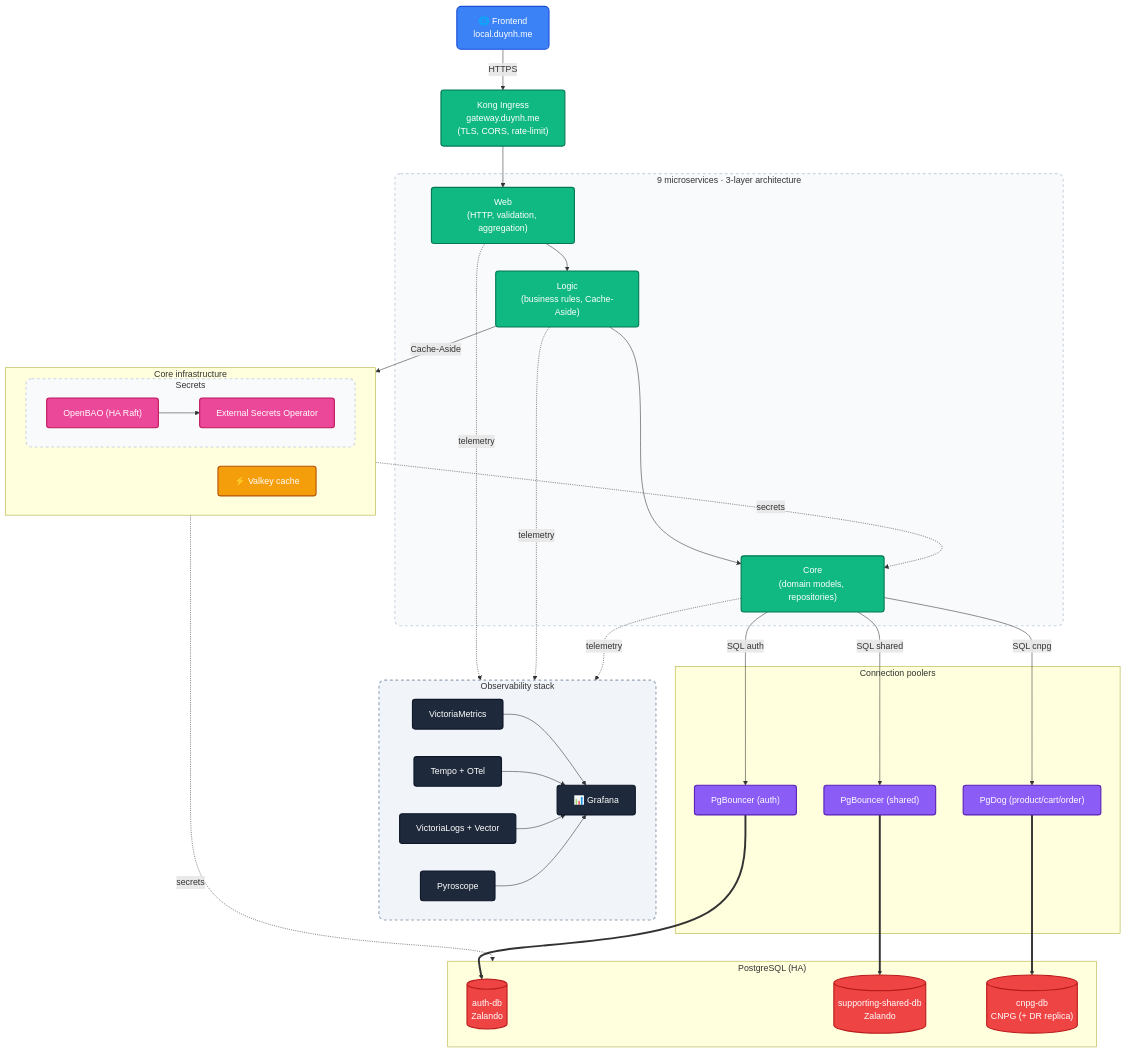
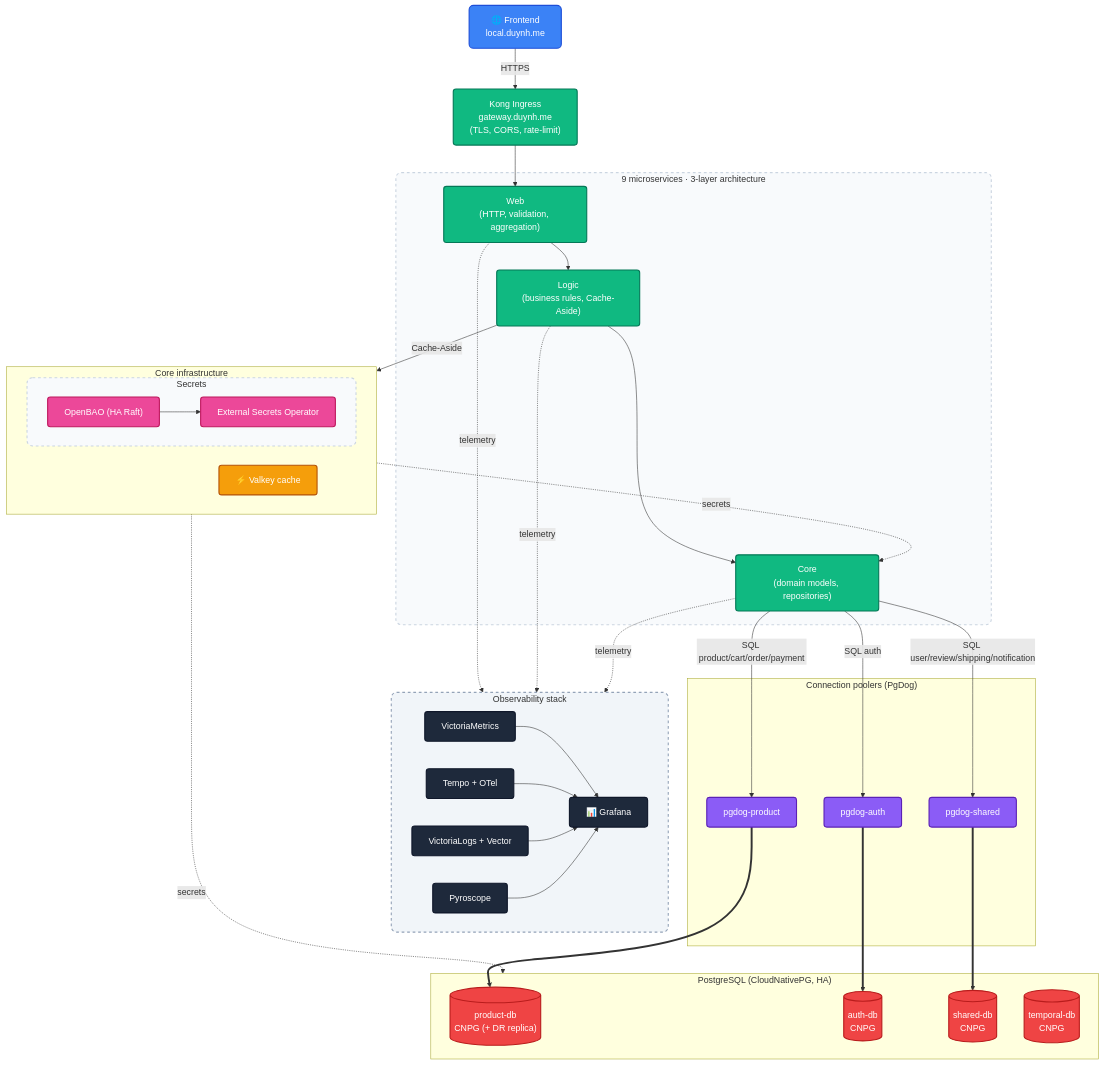
One commit to duynhlab/homelab changed the diagram in README.md. Above: the diagram before and after it, drawn with Mermaid. The commit also changed other lines of this file and 243 other files, not shown here.

````diff
--- a/README.md
+++ b/README.md
@@ -38,69 +38,70 @@
 ```mermaid
 flowchart TD
     classDef frontend fill:#3b82f6,stroke:#1d4ed8,stroke-width:2px,color:#fff,rx:8px,ry:8px
     classDef layer    fill:#10b981,stroke:#047857,stroke-width:2px,color:#fff,rx:5px,ry:5px
     classDef cache    fill:#f59e0b,stroke:#b45309,stroke-width:2px,color:#fff,rx:5px,ry:5px
     classDef pooler   fill:#8b5cf6,stroke:#5b21b6,stroke-width:2px,color:#fff,rx:5px,ry:5px
     classDef database fill:#ef4444,stroke:#b91c1c,stroke-width:2px,color:#fff
     classDef obs      fill:#1e293b,stroke:#0f172a,stroke-width:2px,color:#fff,rx:5px,ry:5px
     classDef obsGroup fill:#f1f5f9,stroke:#94a3b8,stroke-width:2px,stroke-dasharray:5 5,rx:10px,ry:10px
     classDef secret   fill:#ec4899,stroke:#be185d,stroke-width:2px,color:#fff,rx:5px,ry:5px
     classDef servicebox fill:#f8fafc,stroke:#cbd5e1,stroke-width:2px,stroke-dasharray:5 5,rx:10px,ry:10px
 
     FE["🌐 Frontend<br/>local.duynh.me"]:::frontend
     Kong["Kong Ingress<br/>gateway.duynh.me<br/>(TLS, CORS, rate-limit)"]:::layer
 
     subgraph Microservices ["9 microservices · 3-layer architecture"]
         WebLayer["Web<br/>(HTTP, validation, aggregation)"]:::layer
         LogicLayer["Logic<br/>(business rules, Cache-Aside)"]:::layer
         CoreLayer["Core<br/>(domain models, repositories)"]:::layer
         WebLayer --> LogicLayer --> CoreLayer
     end
 
     subgraph Observability ["Observability stack"]
         direction LR
         prom["VictoriaMetrics"]:::obs
         tempo["Tempo + OTel"]:::obs
         vlogs["VictoriaLogs + Vector"]:::obs
         pyro["Pyroscope"]:::obs
         grafana["📊 Grafana"]:::obs
         prom & tempo & vlogs & pyro --> grafana
     end
 
     subgraph CoreInfra ["Core infrastructure"]
         direction LR
         valkey["⚡ Valkey cache"]:::cache
         subgraph SecretsDev ["Secrets"]
             openbao["OpenBAO (HA Raft)"]:::secret
             eso["External Secrets Operator"]:::secret
             openbao --> eso
         end
     end
 
-    subgraph Poolers ["Connection poolers"]
-        pb_auth["PgBouncer (auth)"]:::pooler
-        pb_shared["PgBouncer (shared)"]:::pooler
-        pdog["PgDog (product/cart/order)"]:::pooler
+    subgraph Poolers ["Connection poolers (PgDog)"]
+        pdog_product["pgdog-product"]:::pooler
+        pdog_auth["pgdog-auth"]:::pooler
+        pdog_shared["pgdog-shared"]:::pooler
     end
 
-    subgraph Databases ["PostgreSQL (HA)"]
-        db_auth[("auth-db<br/>Zalando")]:::database
-        db_shared[("supporting-shared-db<br/>Zalando")]:::database
-        db_cnpg[("cnpg-db<br/>CNPG (+ DR replica)")]:::database
+    subgraph Databases ["PostgreSQL (CloudNativePG, HA)"]
+        db_product[("product-db<br/>CNPG (+ DR replica)")]:::database
+        db_auth[("auth-db<br/>CNPG")]:::database
+        db_shared[("shared-db<br/>CNPG")]:::database
+        db_temporal[("temporal-db<br/>CNPG")]:::database
     end
 
     FE -->|HTTPS| Kong --> WebLayer
     WebLayer & LogicLayer & CoreLayer -.->|telemetry| Observability
     LogicLayer -->|Cache-Aside| valkey
     eso -.->|secrets| Databases
     eso -.->|secrets| CoreLayer
-    CoreLayer -->|SQL auth| pb_auth
-    CoreLayer -->|SQL shared| pb_shared
-    CoreLayer -->|SQL cnpg| pdog
-    pb_auth ==> db_auth
-    pb_shared ==> db_shared
-    pdog ==> db_cnpg
+    CoreLayer -->|SQL product/cart/order/payment| pdog_product
+    CoreLayer -->|SQL auth| pdog_auth
+    CoreLayer -->|SQL user/review/shipping/notification| pdog_shared
+    pdog_product ==> db_product
+    pdog_auth ==> db_auth
+    pdog_shared ==> db_shared
 
     class Microservices,SecretsDev servicebox
     class Observability obsGroup
 ```
````
